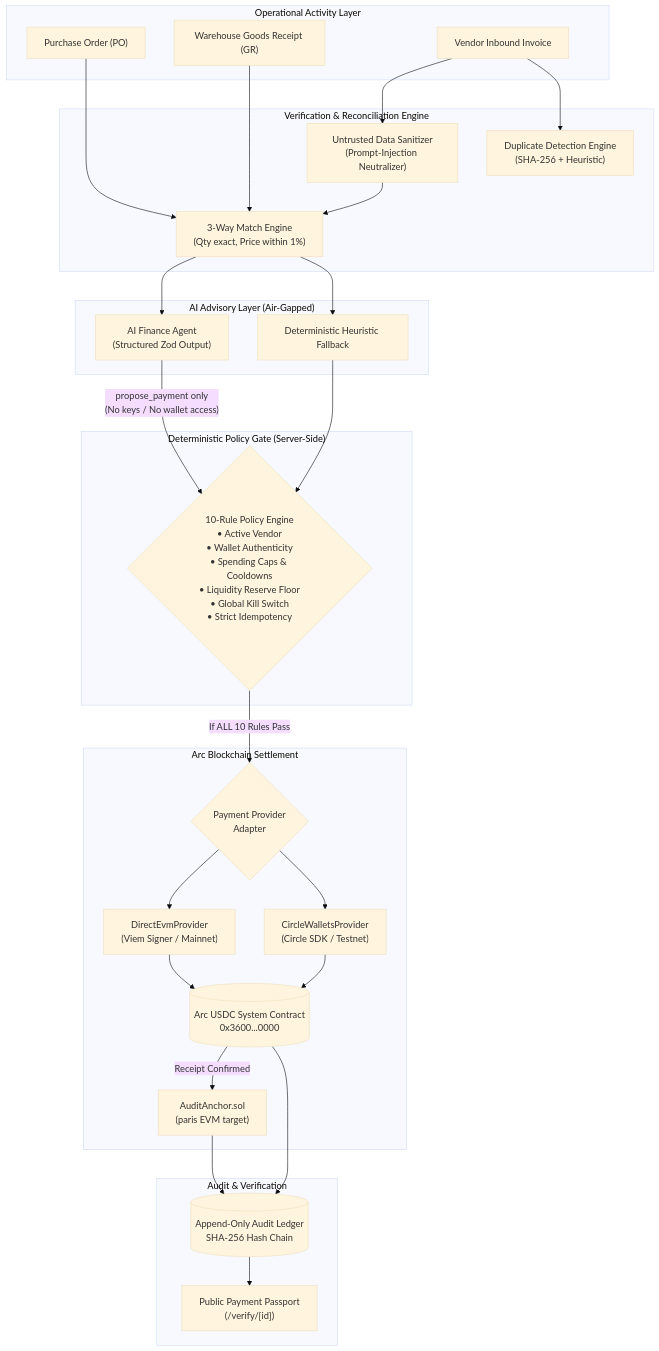
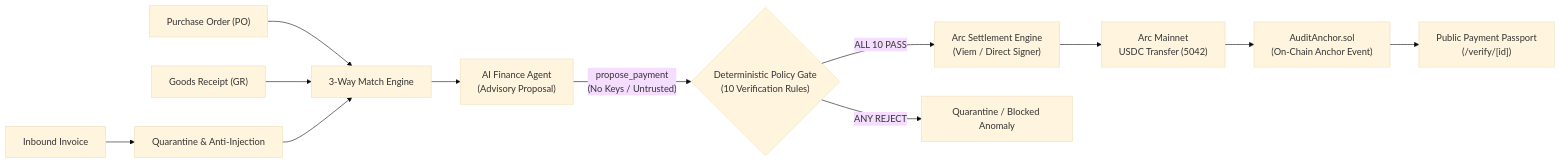
One commit to Solking-crpto/bizflow-pilot changed the diagram in README.md. Above: the diagram before and after it, drawn with Mermaid (base theme). The commit also changed other lines of this file and 8 other files, not shown here.

````diff
--- a/README.md
+++ b/README.md
@@ -17,56 +35,16 @@
 ```mermaid
-flowchart TD
-    subgraph OperationalLayer["Operational Activity Layer"]
-        PO["Purchase Order (PO)"]
-        GR["Warehouse Goods Receipt (GR)"]
-        INV["Vendor Inbound Invoice"]
-    end
-
-    subgraph VerificationEngine["Verification & Reconciliation Engine"]
-        MATCH["3-Way Match Engine\n(Qty exact, Price within 1%)"]
-        DUP["Duplicate Detection Engine\n(SHA-256 + Heuristic)"]
-        SANITIZE["Untrusted Data Sanitizer\n(Prompt-Injection Neutralizer)"]
-    end
-
-    subgraph AgentLayer["AI Advisory Layer (Air-Gapped)"]
-        LLM["AI Finance Agent\n(Structured Zod Output)"]
-        FALLBACK["Deterministic Heuristic Fallback"]
-    end
-
-    subgraph SecurityGate["Deterministic Policy Gate (Server-Side)"]
-        POLICY{"10-Rule Policy Engine\n• Active Vendor\n• Wallet Authenticity\n• Spending Caps & Cooldowns\n• Liquidity Reserve Floor\n• Global Kill Switch\n• Strict Idempotency"}
-    end
-
-    subgraph SettlementLayer["Arc Blockchain Settlement"]
-        PROVIDER{"Payment Provider\nAdapter"}
-        DIRECT["DirectEvmProvider\n(Viem Signer / Mainnet)"]
-        CIRCLE["CircleWalletsProvider\n(Circle SDK / Testnet)"]
-        ARC_USDC[("Arc USDC System Contract\n0x3600...0000")]
-        ANCHOR["AuditAnchor.sol\n(paris EVM target)"]
-    end
-
-    subgraph VerificationOutput["Audit & Verification"]
-        LEDGER[("Append-Only Audit Ledger\nSHA-256 Hash Chain")]
-        PASSPORT["Public Payment Passport\n(/verify/[id])"]
-    end
-
-    PO --> MATCH
-    GR --> MATCH
-    INV --> SANITIZE --> MATCH
-    INV --> DUP
-
-    MATCH --> LLM
-    MATCH --> FALLBACK
-
-    LLM -- "propose_payment only\n(No keys / No wallet access)" --> POLICY
-    FALLBACK --> POLICY
-
-    POLICY -- "If ALL 10 Rules Pass" --> PROVIDER
-    PROVIDER --> DIRECT --> ARC_USDC
-    PROVIDER --> CIRCLE --> ARC_USDC
-
-    ARC_USDC -- "Receipt Confirmed" --> ANCHOR
-    ARC_USDC --> LEDGER
-    ANCHOR --> LEDGER
-    LEDGER --> PASSPORT
+flowchart LR
+    PO["Purchase Order (PO)"] --> MATCH["3-Way Match Engine"]
+    GR["Goods Receipt (GR)"] --> MATCH
+    INV["Inbound Invoice"] --> SANITIZE["Quarantine & Anti-Injection"] --> MATCH
+    
+    MATCH --> AI["AI Finance Agent\n(Advisory Proposal)"]
+    AI -- "propose_payment\n(No Keys / Untrusted)" --> GATE{"Deterministic Policy Gate\n(10 Verification Rules)"}
+    
+    GATE -- "ALL 10 PASS" --> SETTLE["Arc Settlement Engine\n(Viem / Direct Signer)"]
+    GATE -- "ANY REJECT" --> BLOCK["Quarantine / Blocked Anomaly"]
+    
+    SETTLE --> ARC["Arc Mainnet\nUSDC Transfer (5042)"]
+    ARC --> ANCHOR["AuditAnchor.sol\n(On-Chain Anchor Event)"]
+    ANCHOR --> PASSPORT["Public Payment Passport\n(/verify/[id])"]
 ```
````
